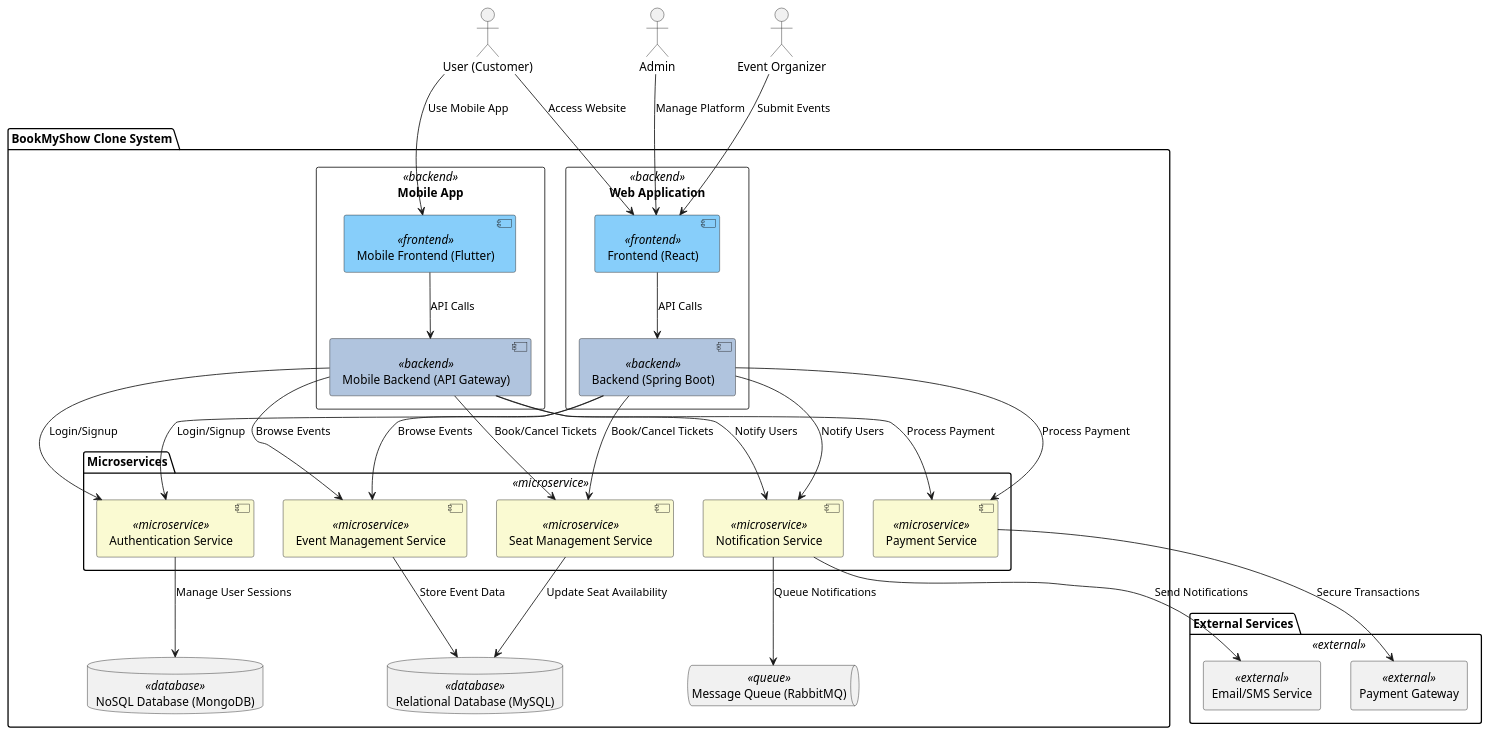
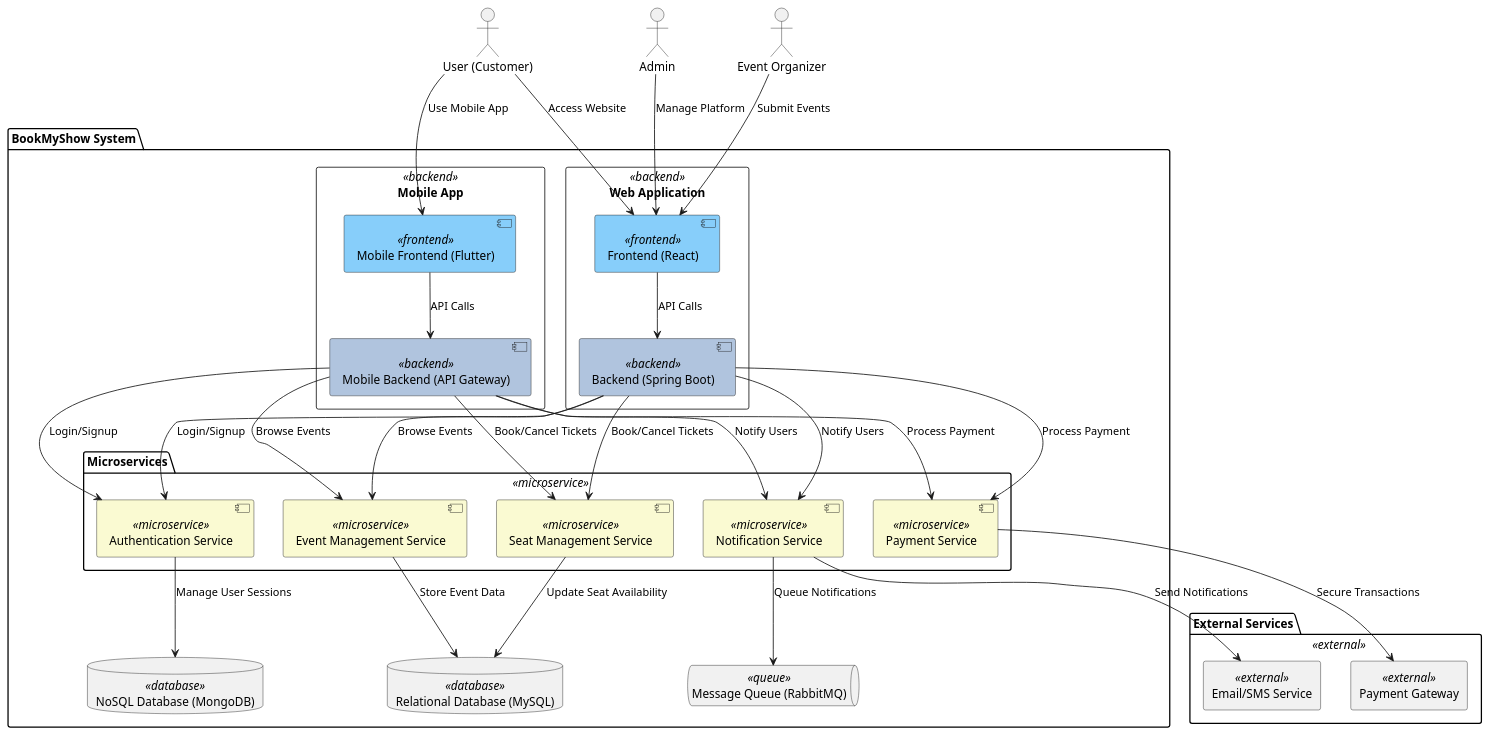
Before and after one commit to IIITLucknowSWEngg/CSITTeam012: the second of 4 diagrams in Assignment 02/Architecture.md, drawn with PlantUML. The commit also changed other lines of this file and 10 other files, not shown here.

```diff
--- a/Assignment 02/Architecture.md
+++ b/Assignment 02/Architecture.md
@@ -87,8 +87,8 @@
 actor "Admin" as Admin
 actor "Event Organizer" as EventOrganizer
 
-' System Boundary: BookMyShow Clone
-package "BookMyShow Clone System" {
+' System Boundary: BookMyShow
+package "BookMyShow System" {
 
     ' Web Application
     rectangle "Web Application" as WebApp <<backend>> {
```
